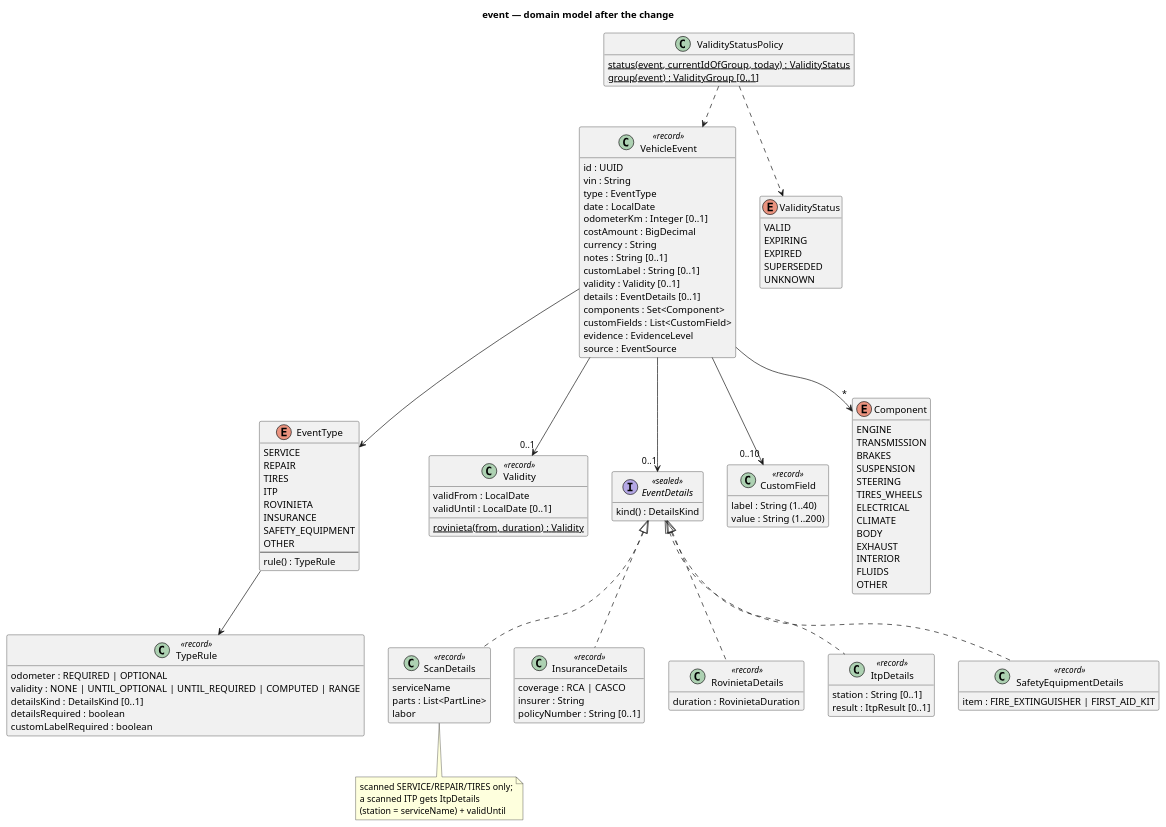
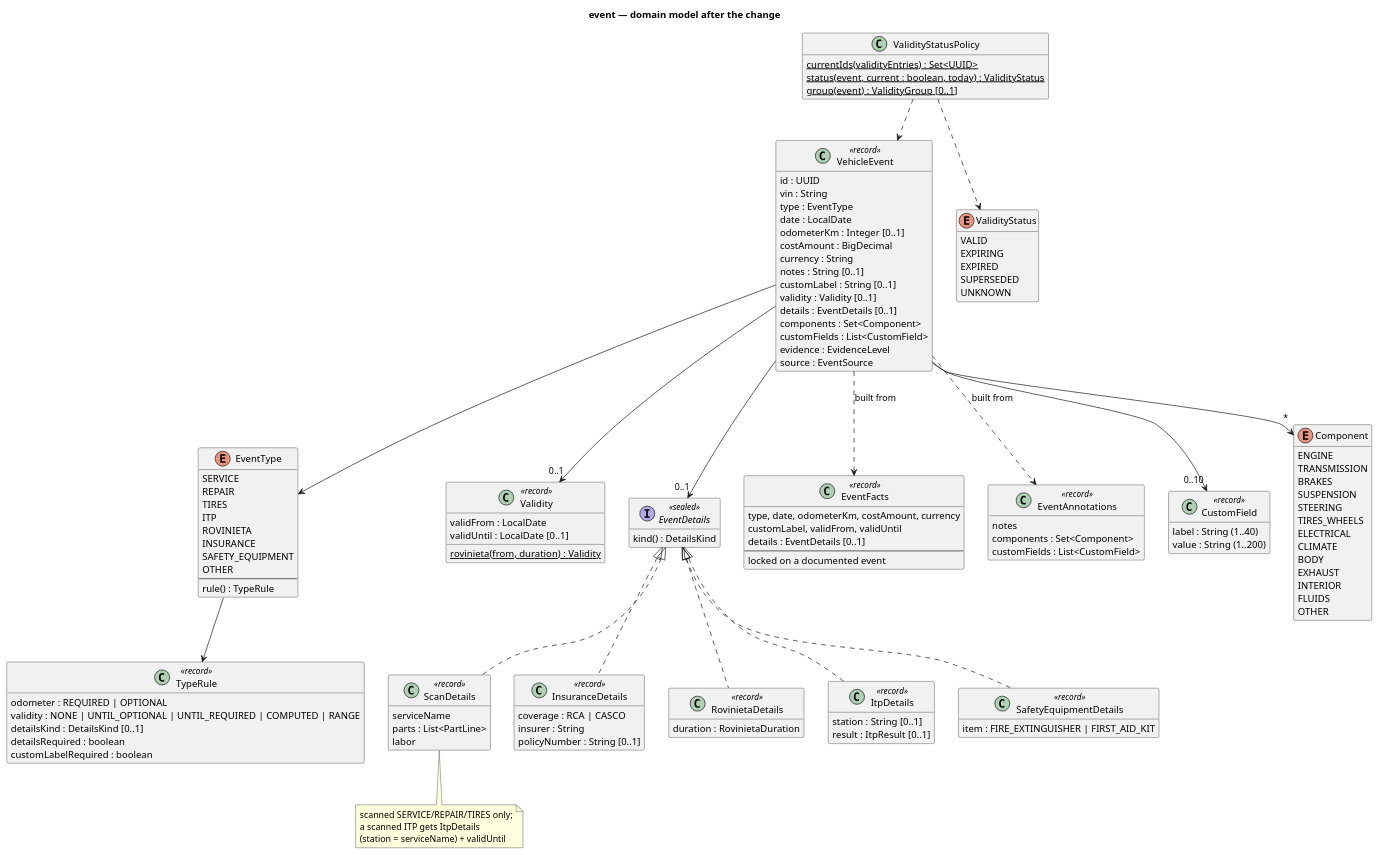
The second of 7 diagrams in docs/diagrams/timeline-extended.puml (chelariu-andrei/vehicle-passport), drawn with PlantUML before and after one commit. The commit also changed other lines of this file and 6 other files, not shown here.

Commit message:
docs: diagrams and spec match the extended timeline build

```diff
--- a/docs/diagrams/timeline-extended.puml
+++ b/docs/diagrams/timeline-extended.puml
@@ -89,118 +95,133 @@
 @startuml timeline-extended-domain
 title event — domain model after the change
 hide empty members
 
 class VehicleEvent <<record>> {
   id : UUID
   vin : String
   type : EventType
   date : LocalDate
   odometerKm : Integer [0..1]
   costAmount : BigDecimal
   currency : String
   notes : String [0..1]
   customLabel : String [0..1]
   validity : Validity [0..1]
   details : EventDetails [0..1]
   components : Set<Component>
   customFields : List<CustomField>
   evidence : EvidenceLevel
   source : EventSource
 }
 enum EventType {
   SERVICE
   REPAIR
   TIRES
   ITP
   ROVINIETA
   INSURANCE
   SAFETY_EQUIPMENT
   OTHER
   --
   rule() : TypeRule
 }
 class TypeRule <<record>> {
   odometer : REQUIRED | OPTIONAL
   validity : NONE | UNTIL_OPTIONAL | UNTIL_REQUIRED | COMPUTED | RANGE
   detailsKind : DetailsKind [0..1]
   detailsRequired : boolean
   customLabelRequired : boolean
 }
 class Validity <<record>> {
   validFrom : LocalDate
   validUntil : LocalDate [0..1]
   {static} rovinieta(from, duration) : Validity
 }
 interface EventDetails <<sealed>> {
   kind() : DetailsKind
 }
 class ScanDetails <<record>> {
   serviceName
   parts : List<PartLine>
   labor
 }
 class InsuranceDetails <<record>> {
   coverage : RCA | CASCO
   insurer : String
   policyNumber : String [0..1]
 }
 class RovinietaDetails <<record>> {
   duration : RovinietaDuration
 }
 class ItpDetails <<record>> {
   station : String [0..1]
   result : ItpResult [0..1]
 }
 class SafetyEquipmentDetails <<record>> {
   item : FIRE_EXTINGUISHER | FIRST_AID_KIT
 }
 note bottom of ScanDetails
   scanned SERVICE/REPAIR/TIRES only;
   a scanned ITP gets ItpDetails
   (station = serviceName) + validUntil
 end note
+class EventFacts <<record>> {
+  type, date, odometerKm, costAmount, currency
+  customLabel, validFrom, validUntil
+  details : EventDetails [0..1]
+  --
+  locked on a documented event
+}
+class EventAnnotations <<record>> {
+  notes
+  components : Set<Component>
+  customFields : List<CustomField>
+}
 class CustomField <<record>> {
   label : String (1..40)
   value : String (1..200)
 }
 enum Component {
   ENGINE
   TRANSMISSION
   BRAKES
   SUSPENSION
   STEERING
   TIRES_WHEELS
   ELECTRICAL
   CLIMATE
   BODY
   EXHAUST
   INTERIOR
   FLUIDS
   OTHER
 }
 class ValidityStatusPolicy {
-  {static} status(event, currentIdOfGroup, today) : ValidityStatus
+  {static} currentIds(validityEntries) : Set<UUID>
+  {static} status(event, current : boolean, today) : ValidityStatus
   {static} group(event) : ValidityGroup [0..1]
 }
 enum ValidityStatus {
   VALID
   EXPIRING
   EXPIRED
   SUPERSEDED
   UNKNOWN
 }
 
 VehicleEvent --> EventType
+VehicleEvent ..> EventFacts : built from
+VehicleEvent ..> EventAnnotations : built from
 EventType --> TypeRule
 VehicleEvent --> "0..1" Validity
 VehicleEvent --> "0..1" EventDetails
 VehicleEvent --> "*" Component
 VehicleEvent --> "0..10" CustomField
 EventDetails <|.. ScanDetails
 EventDetails <|.. InsuranceDetails
 EventDetails <|.. RovinietaDetails
 EventDetails <|.. ItpDetails
 EventDetails <|.. SafetyEquipmentDetails
 ValidityStatusPolicy ..> VehicleEvent
 ValidityStatusPolicy ..> ValidityStatus
 @enduml
```
